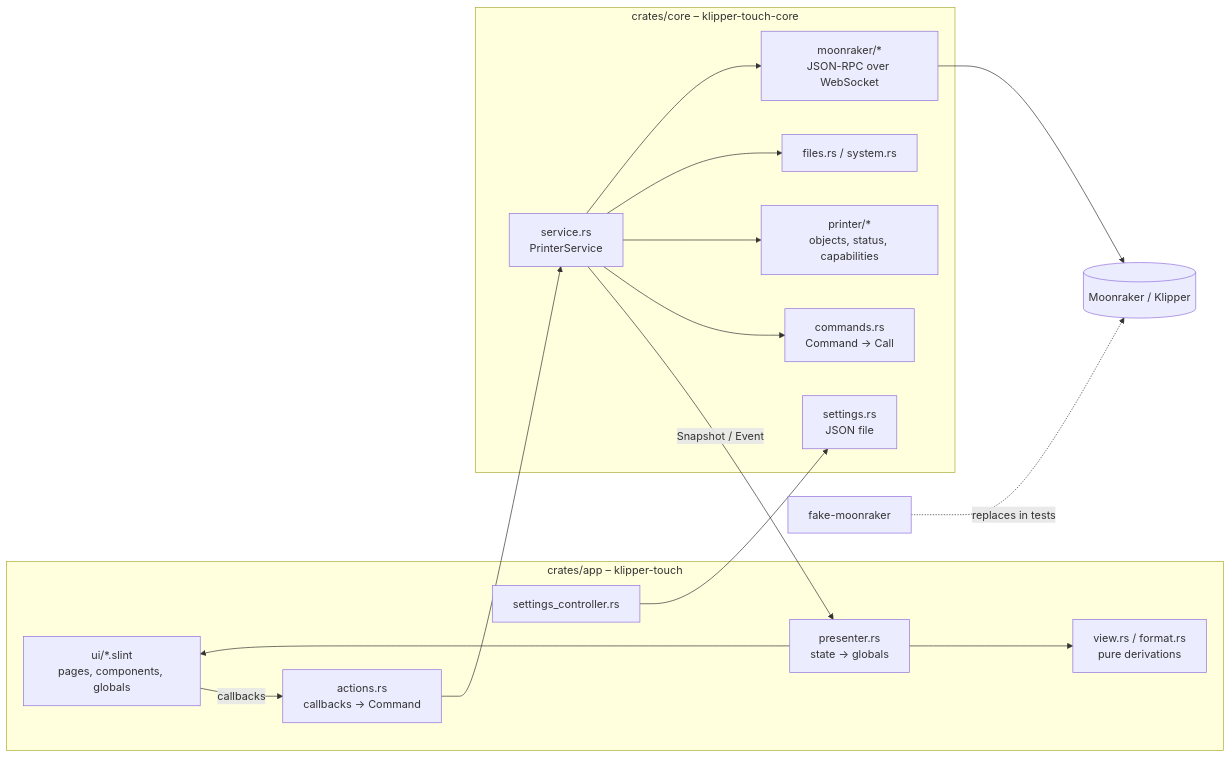
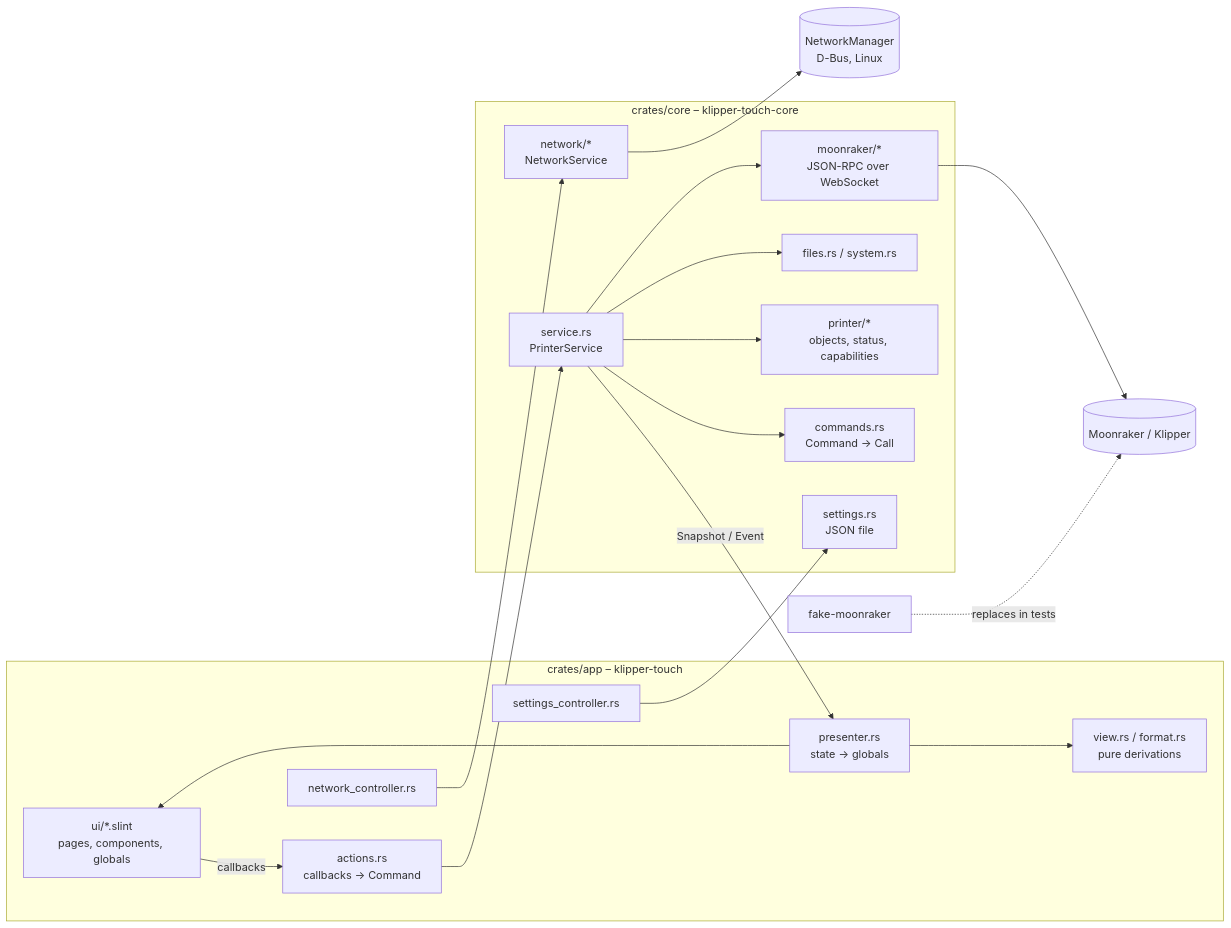
One commit to freakydude/klipper-touch changed the diagram in docs/architecture.md. Above: the diagram before and after it, drawn with Mermaid. The commit also changed other lines of this file and 64 other files, not shown here.

````diff
--- a/docs/architecture.md
+++ b/docs/architecture.md
@@ -9,30 +9,34 @@
 ```mermaid
 flowchart LR
     subgraph app [crates/app – klipper-touch]
         UI[ui/*.slint<br/>pages, components, globals]
         P[presenter.rs<br/>state → globals]
         A[actions.rs<br/>callbacks → Command]
         S[settings_controller.rs]
+        N[network_controller.rs]
         V[view.rs / format.rs<br/>pure derivations]
     end
     subgraph core [crates/core – klipper-touch-core]
         SVC[service.rs<br/>PrinterService]
         CMD[commands.rs<br/>Command → Call]
         PR[printer/*<br/>objects, status, capabilities]
         MR[moonraker/*<br/>JSON-RPC over WebSocket]
         SET[settings.rs<br/>JSON file]
         FS[files.rs / system.rs]
+        NET[network/*<br/>NetworkService]
     end
     M[(Moonraker / Klipper)]
     F[fake-moonraker]
+    NM[(NetworkManager<br/>D-Bus, Linux)]
 
     UI -- callbacks --> A --> SVC
     SVC -- Snapshot / Event --> P --> UI
     P --> V
     S --> SET
     SVC --> CMD
     SVC --> PR
     SVC --> FS
     SVC --> MR --> M
     F -. replaces in tests .-> M
+    N --> NET --> NM
 ```
````
